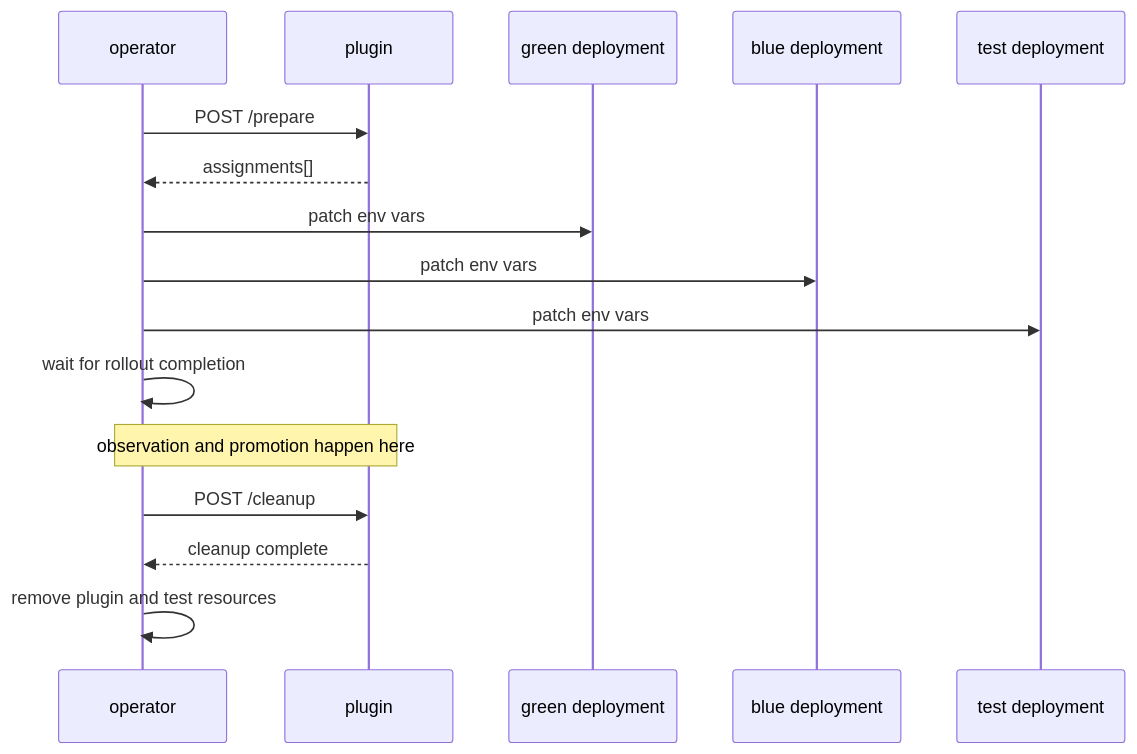
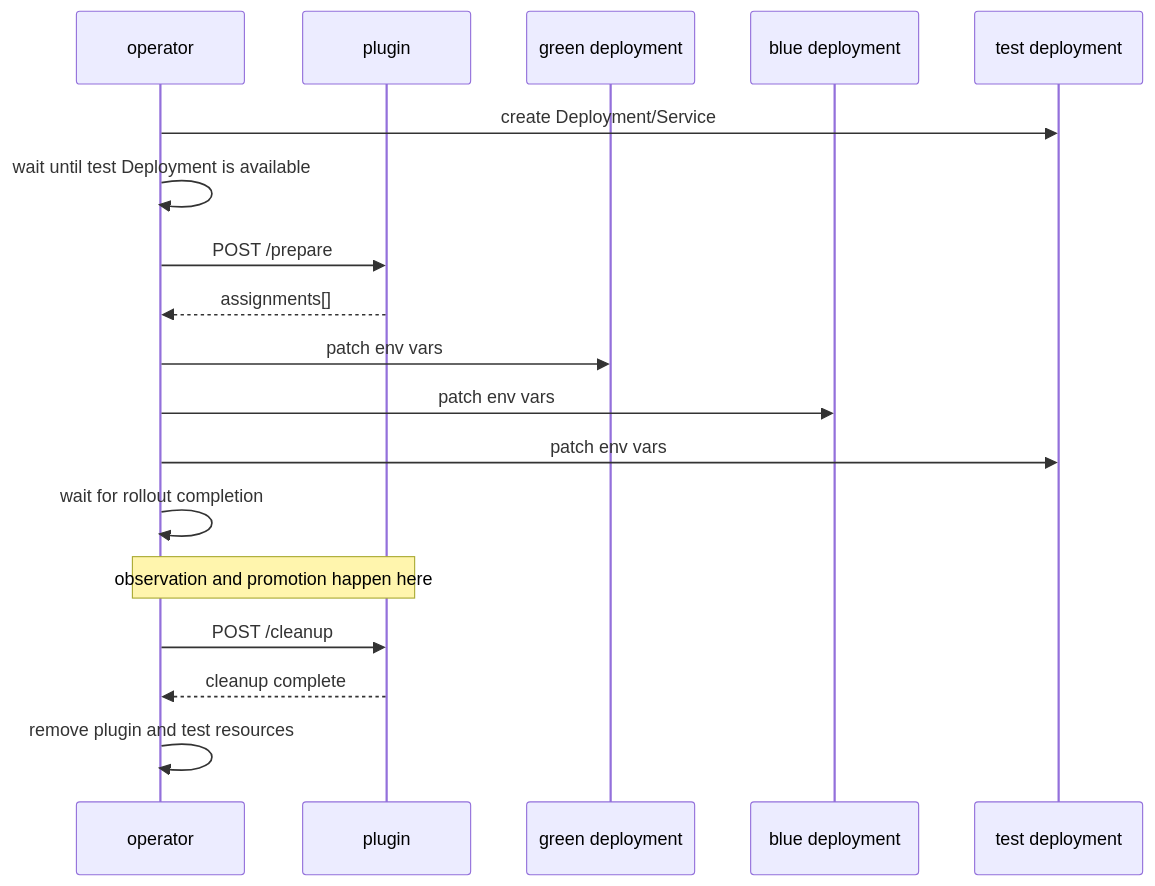
The third of 7 diagrams in docs/reference/plugin-interface.md (dlahmad/fluidbgoperator), drawn with Mermaid before and after one commit. The commit also changed other lines of this file and 21 other files, not shown here.

````diff
--- a/docs/reference/plugin-interface.md
+++ b/docs/reference/plugin-interface.md
@@ -434,21 +434,23 @@
 ```mermaid
 sequenceDiagram
     participant O as operator
     participant P as plugin
     participant G as green deployment
     participant B as blue deployment
     participant T as test deployment
 
+    O->>T: create Deployment/Service
+    O->>O: wait until test Deployment is available
     O->>P: POST /prepare
     P-->>O: assignments[]
     O->>G: patch env vars
     O->>B: patch env vars
     O->>T: patch env vars
     O->>O: wait for rollout completion
 
     Note over O,P: observation and promotion happen here
 
     O->>P: POST /cleanup
     P-->>O: cleanup complete
     O->>O: remove plugin and test resources
 ```
````
